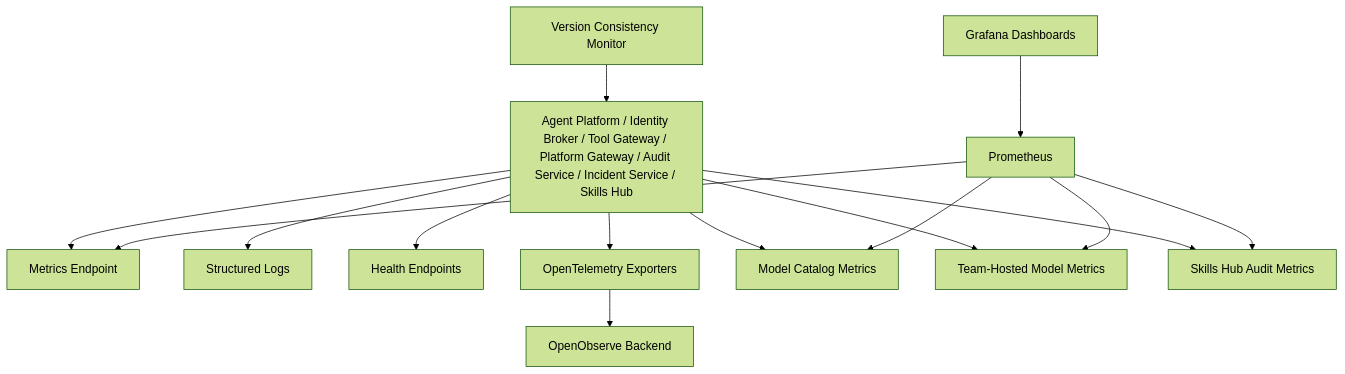
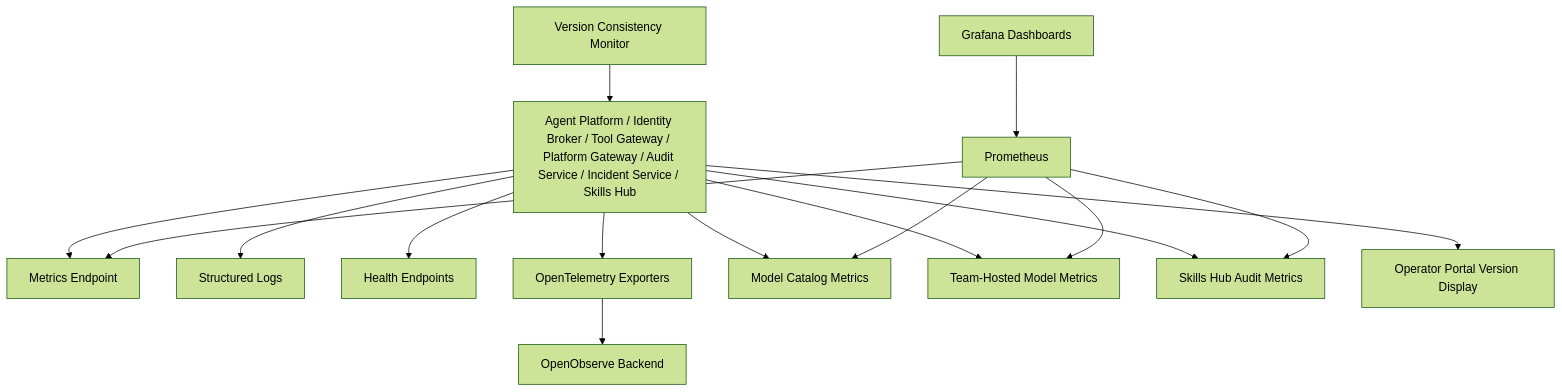
Diagram 11 of 12 in .qoder/repowiki/en/content/Deployment and Operations/Deployment and Operations.md (metasync/luban-aiops), drawn with Mermaid (forest theme) before and after one commit. The commit also changed other lines of this file and 6 other files, not shown here.

````diff
--- a/.qoder/repowiki/en/content/Deployment and Operations/Deployment and Operations.md
+++ b/.qoder/repowiki/en/content/Deployment and Operations/Deployment and Operations.md
@@ -818,29 +841,31 @@
 ```mermaid
 graph TB
 Services["Agent Platform / Identity Broker / Tool Gateway / Platform Gateway / Audit Service / Incident Service / Skills Hub"]
 Metrics["Metrics Endpoint"]
 Logs["Structured Logs"]
 Health["Health Endpoints"]
 OTel["OpenTelemetry Exporters"]
 ModelMetrics["Model Catalog Metrics"]
 LLMMetrics["Team-Hosted Model Metrics"]
 SkillsMetrics["Skills Hub Audit Metrics"]
+PortalMetrics["Operator Portal Version Display"]
 Prometheus["Prometheus"]
 Grafana["Grafana Dashboards"]
 OpenObserve["OpenObserve Backend"]
 VersionMonitor["Version Consistency Monitor"]
 Services --> Metrics
 Services --> Logs
 Services --> Health
 Services --> OTel
 Services --> ModelMetrics
 Services --> LLMMetrics
 Services --> SkillsMetrics
+Services --> PortalMetrics
 Prometheus --> Metrics
 Prometheus --> ModelMetrics
 Prometheus --> LLMMetrics
 Prometheus --> SkillsMetrics
 Grafana --> Prometheus
 OTel --> OpenObserve
 VersionMonitor --> Services
 ```
````
